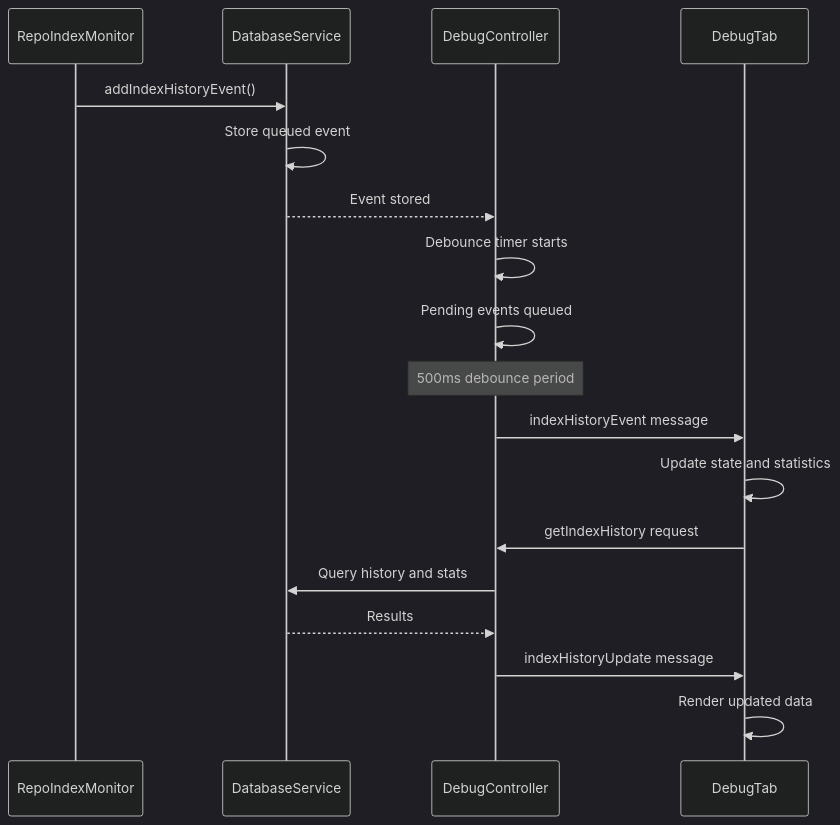
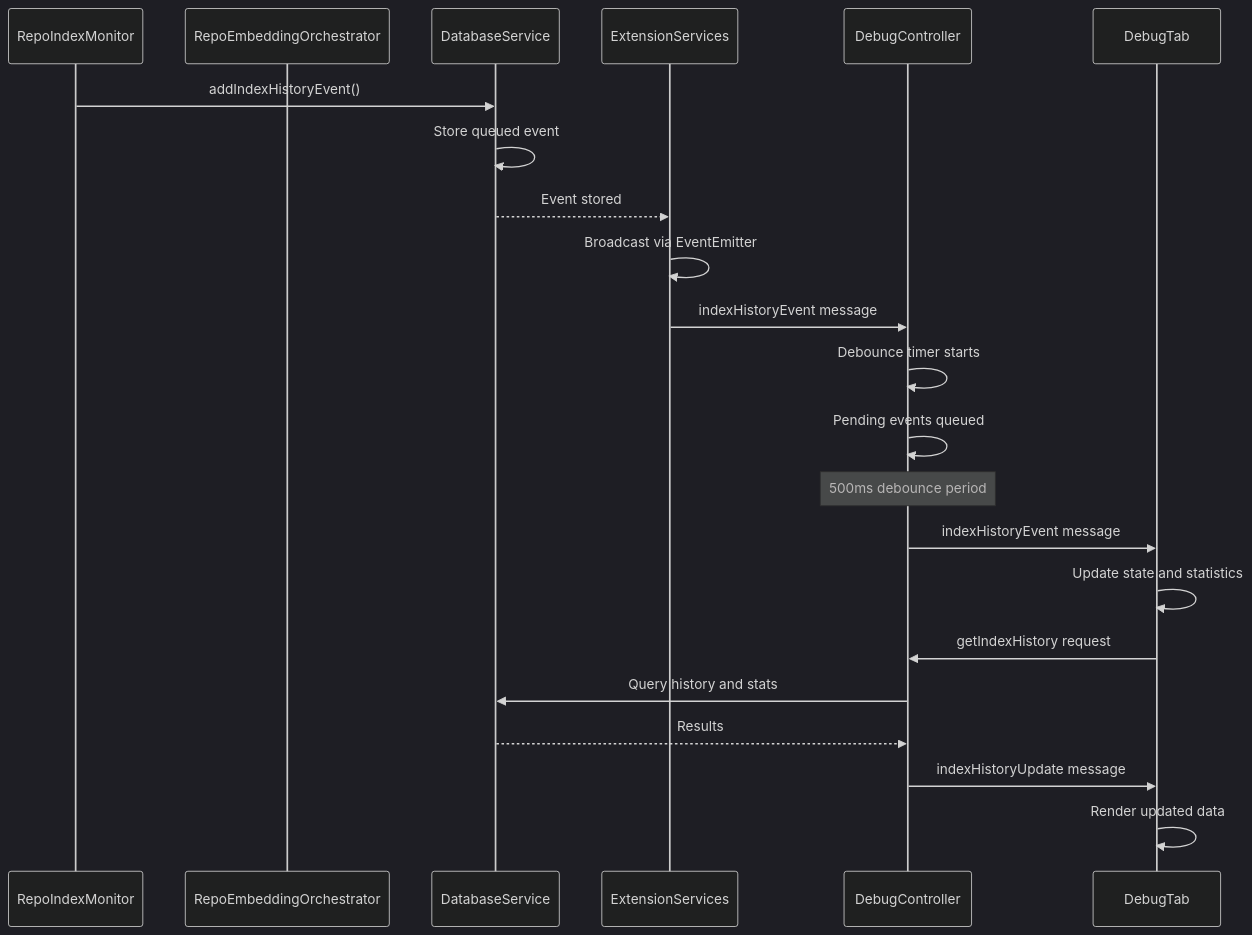
Before and after one commit to bramburn/repomix-runner: the third of 5 diagrams in .qoder/repowiki/en/content/Webview Interface/Index History Tracking System.md, drawn with Mermaid (dark theme). The commit also changed other lines of this file and 9 other files, not shown here.

````diff
--- a/.qoder/repowiki/en/content/Webview Interface/Index History Tracking System.md
+++ b/.qoder/repowiki/en/content/Webview Interface/Index History Tracking System.md
@@ -177,20 +190,24 @@
 ```mermaid
 sequenceDiagram
 participant Monitor as RepoIndexMonitor
+participant Orchestrator as RepoEmbeddingOrchestrator
 participant DB as DatabaseService
+participant Extension as ExtensionServices
 participant Controller as DebugController
 participant UI as DebugTab
 Monitor->>DB : addIndexHistoryEvent()
 DB->>DB : Store queued event
-DB-->>Controller : Event stored
+DB-->>Extension : Event stored
+Extension->>Extension : Broadcast via EventEmitter
+Extension->>Controller : indexHistoryEvent message
 Controller->>Controller : Debounce timer starts
 Controller->>Controller : Pending events queued
 Note over Controller : 500ms debounce period
 Controller->>UI : indexHistoryEvent message
 UI->>UI : Update state and statistics
 UI->>Controller : getIndexHistory request
 Controller->>DB : Query history and stats
 DB-->>Controller : Results
 Controller->>UI : indexHistoryUpdate message
 UI->>UI : Render updated data
 ```
````
